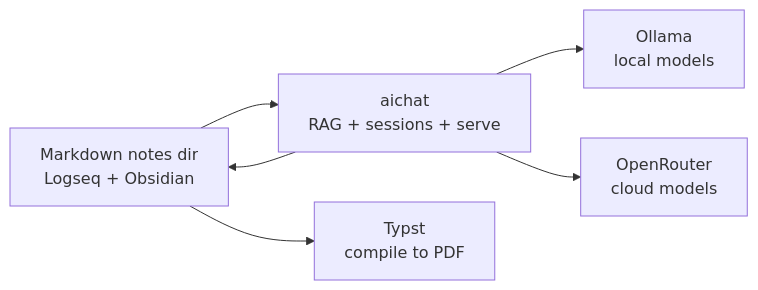
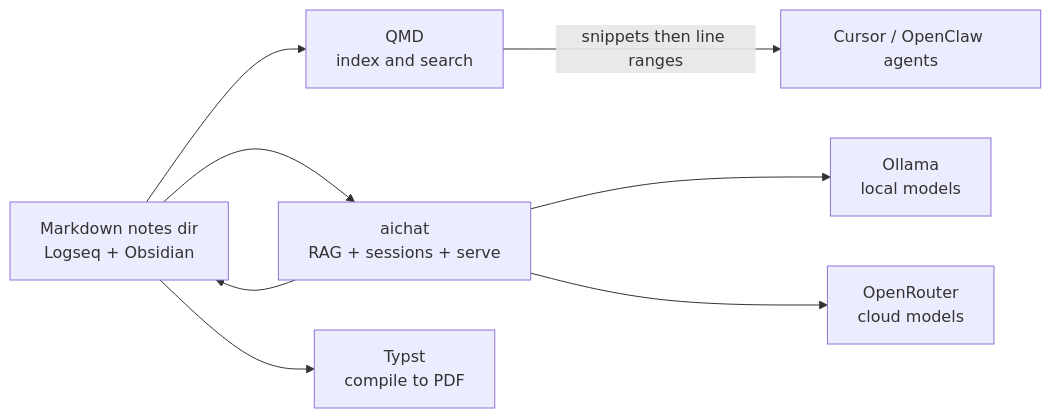
The first of 2 diagrams in docs/workflow-apps.md (luckgrid/wfos), drawn with Mermaid before and after one commit. The commit also changed other lines of this file and 2 other files, not shown here.

Commit message:
update docs to include qmd to reduce token consumption for inputs

````diff
--- a/docs/workflow-apps.md
+++ b/docs/workflow-apps.md
@@ -91,14 +129,18 @@
 ```mermaid
 flowchart LR
   Notes[Markdown notes dir<br/>Logseq + Obsidian]
+  QMD[QMD<br/>index and search]
+  Agents[Cursor / OpenClaw agents]
   AIChat[aichat<br/>RAG + sessions + serve]
   Ollama[Ollama<br/>local models]
   OR[OpenRouter<br/>cloud models]
   Typst[Typst<br/>compile to PDF]
 
+  Notes --> QMD
+  QMD -->|"snippets then line ranges"| Agents
   Notes --> AIChat
   AIChat --> Ollama
   AIChat --> OR
   AIChat --> Notes
   Notes --> Typst
 ```
````
